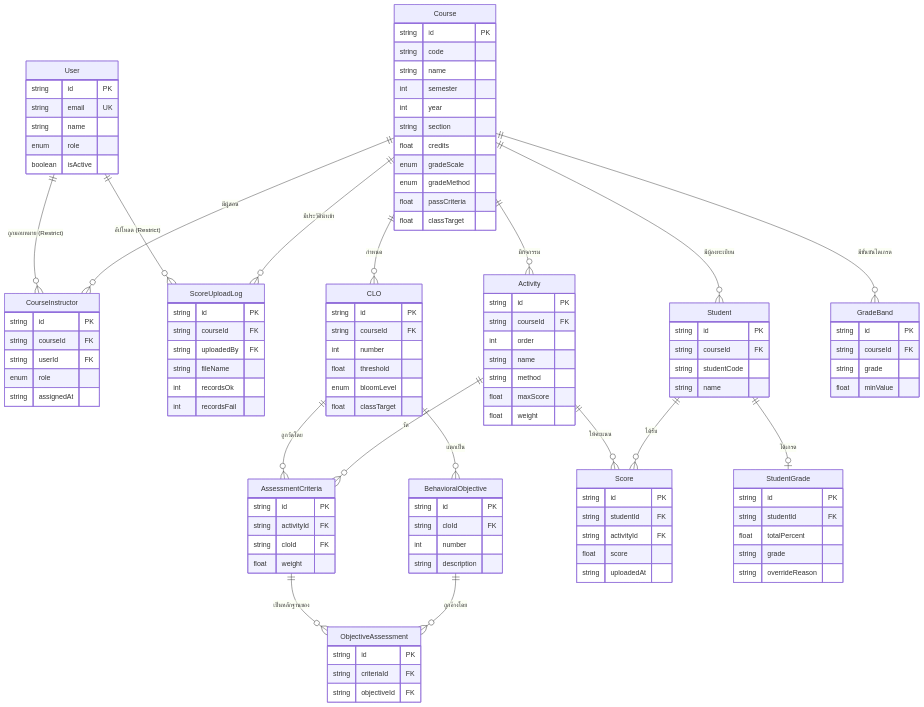
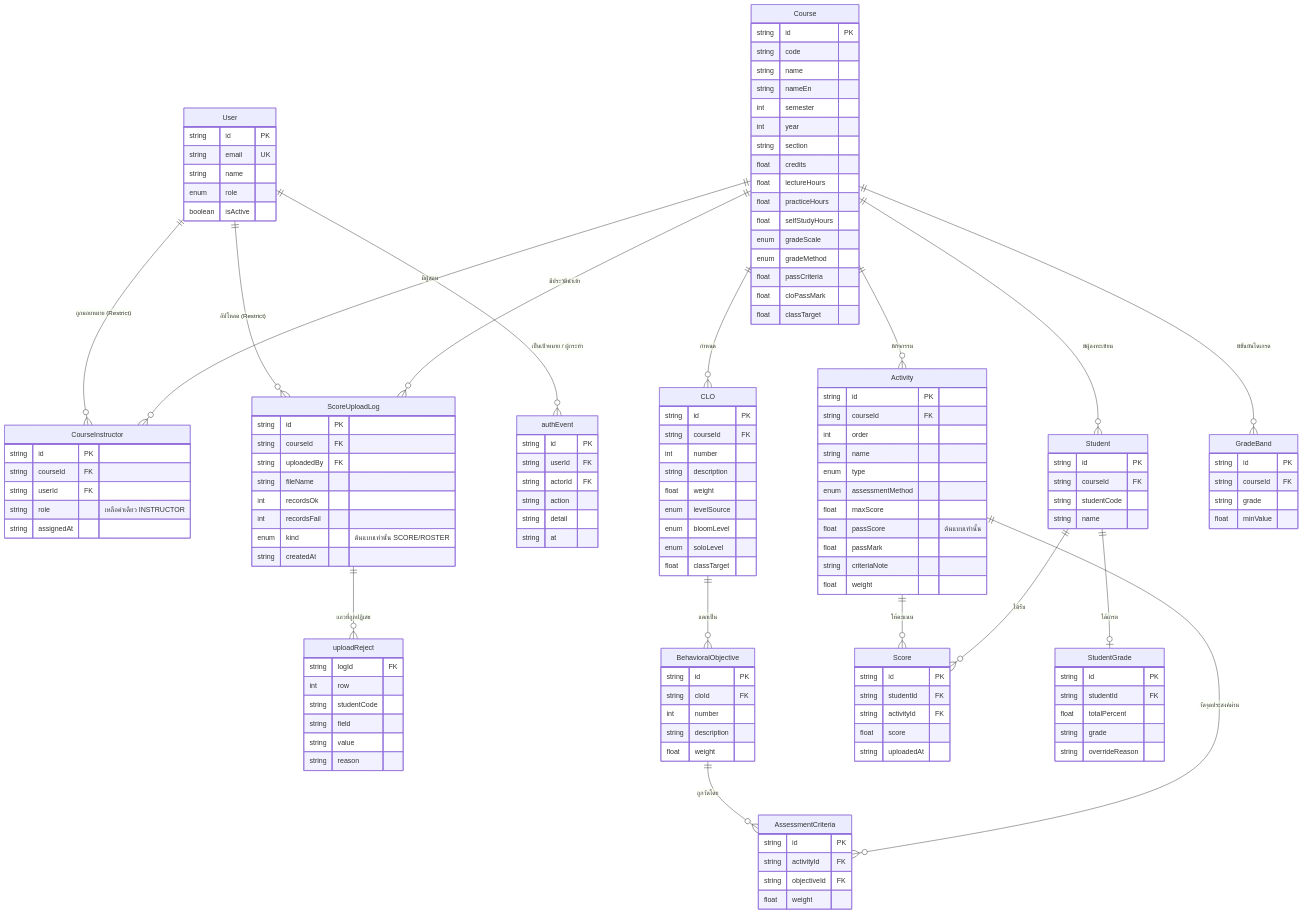
Before and after one commit to SIET-KMITL-INCEPTIO/CMAS-CLO: the first of 11 diagrams in docs/uml/index-q/index-q-architecture.md, drawn with Mermaid. The commit also changed other lines of this file and 37 other files, not shown here.

First line of the commit message:
Refactor UML and ER diagrams for improved accuracy and clarity

````diff
--- a/docs/uml/index-q/index-q-architecture.md
+++ b/docs/uml/index-q/index-q-architecture.md
@@ -17,18 +21,18 @@
 erDiagram
     User ||--o{ CourseInstructor : "ถูกมอบหมาย (Restrict)"
     User ||--o{ ScoreUploadLog : "อัปโหลด (Restrict)"
+    User ||--o{ authEvent : "เป็นเป้าหมาย / ผู้กระทำ"
     Course ||--o{ CourseInstructor : "มีผู้สอน"
     Course ||--o{ CLO : "กำหนด"
     Course ||--o{ Activity : "มีกิจกรรม"
     Course ||--o{ Student : "มีผู้ลงทะเบียน"
     Course ||--o{ GradeBand : "มีขั้นบันไดเกรด"
     Course ||--o{ ScoreUploadLog : "มีประวัตินำเข้า"
+    ScoreUploadLog ||--o{ uploadReject : "แถวที่ถูกปฏิเสธ"
     CLO ||--o{ BehavioralObjective : "แตกเป็น"
-    CLO ||--o{ AssessmentCriteria : "ถูกวัดโดย"
-    Activity ||--o{ AssessmentCriteria : "วัด"
+    BehavioralObjective ||--o{ AssessmentCriteria : "ถูกวัดโดย"
+    Activity ||--o{ AssessmentCriteria : "วัดจุดประสงค์ผ่าน"
     Activity ||--o{ Score : "ให้คะแนน"
-    AssessmentCriteria ||--o{ ObjectiveAssessment : "เป็นหลักฐานของ"
-    BehavioralObjective ||--o{ ObjectiveAssessment : "ถูกอ้างโดย"
     Student ||--o{ Score : "ได้รับ"
     Student ||--o| StudentGrade : "ได้เกรด"
 
@@ -43,28 +47,36 @@
         string id PK
         string code
         string name
+        string nameEn
         int semester
         int year
         string section
         float credits
+        float lectureHours
+        float practiceHours
+        float selfStudyHours
         enum gradeScale
         enum gradeMethod
         float passCriteria
+        float cloPassMark
         float classTarget
     }
     CourseInstructor {
         string id PK
         string courseId FK
         string userId FK
-        enum role
+        string role "เหลือค่าเดียว INSTRUCTOR"
         string assignedAt
     }
     CLO {
         string id PK
         string courseId FK
         int number
-        float threshold
+        string description
+        float weight
+        enum levelSource
         enum bloomLevel
+        enum soloLevel
         float classTarget
     }
     BehavioralObjective {
@@ -72,26 +84,26 @@
         string cloId FK
         int number
         string description
+        float weight
     }
     Activity {
         string id PK
         string courseId FK
         int order
         string name
-        string method
+        enum type
+        enum assessmentMethod
         float maxScore
+        float passScore "ต้นแบบเท่านั้น"
+        float passMark
+        string criteriaNote
         float weight
     }
     AssessmentCriteria {
         string id PK
         string activityId FK
-        string cloId FK
+        string objectiveId FK
         float weight
-    }
-    ObjectiveAssessment {
-        string id PK
-        string criteriaId FK
-        string objectiveId FK
     }
     Student {
         string id PK
@@ -113,6 +125,8 @@
         string fileName
         int recordsOk
         int recordsFail
+        enum kind "ต้นแบบเท่านั้น SCORE/ROSTER"
+        string createdAt
     }
     GradeBand {
         string id PK
@@ -127,4 +141,20 @@
         string grade
         string overrideReason
     }
+    authEvent {
+        string id PK
+        string userId FK
+        string actorId FK
+        string action
+        string detail
+        string at
+    }
+    uploadReject {
+        string logId FK
+        int row
+        string studentCode
+        string field
+        string value
+        string reason
+    }
 ```
````
